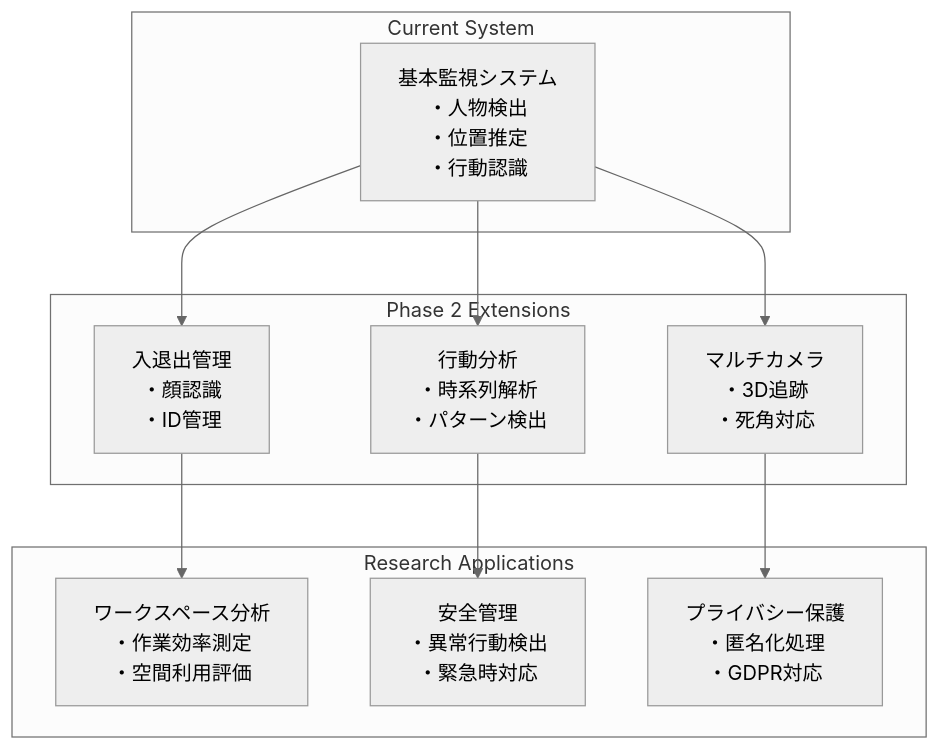
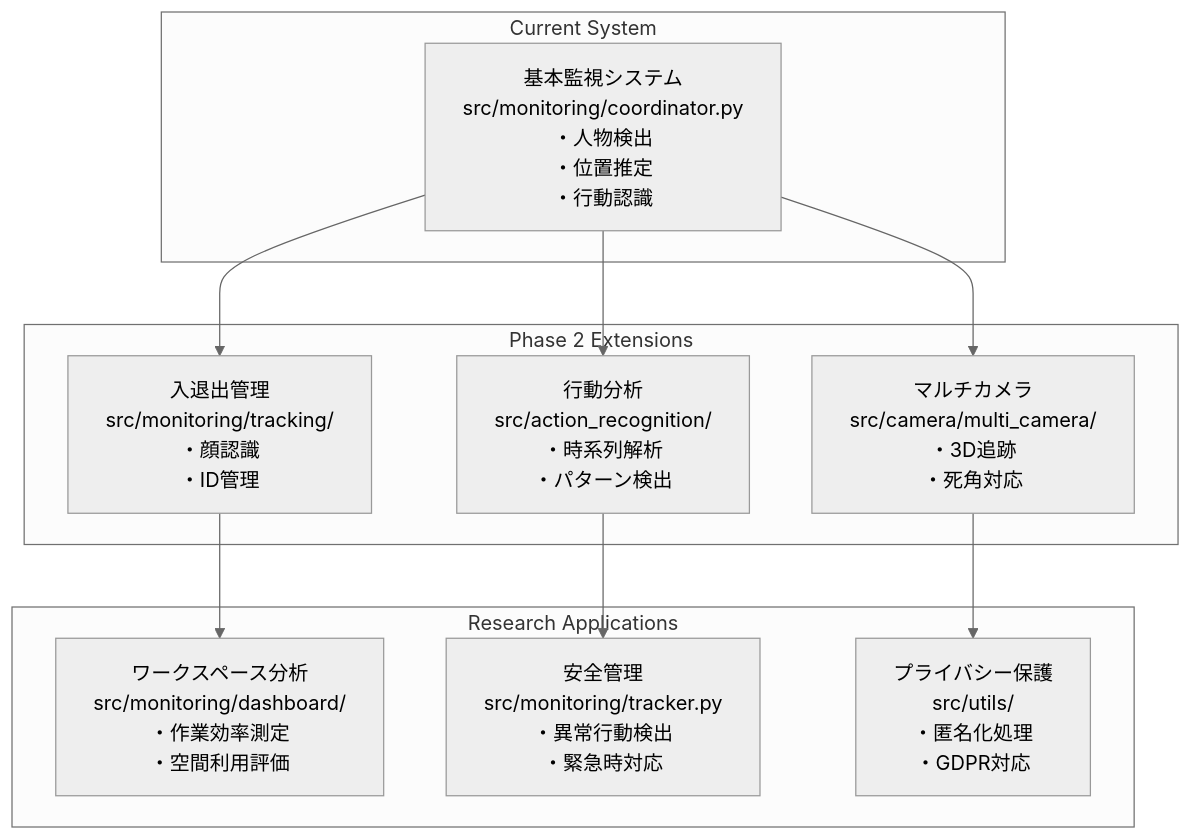
Diagram 11 of 11 in docs/System_Architecture.md (kira612/PBL_test), drawn with Mermaid (neutral theme) before and after one commit. The commit also changed other lines of this file and 60 other files, not shown here.

First line of the commit message:
Refactor codebase into modular architecture with comprehensive documentation updates

````diff
--- a/docs/System_Architecture.md
+++ b/docs/System_Architecture.md
@@ -407,25 +408,25 @@
 ```mermaid
 graph TB
     subgraph "Current System"
-        Basic[基本監視システム<br/>・人物検出<br/>・位置推定<br/>・行動認識]
+        Basic[基本監視システム<br/>src/monitoring/coordinator.py<br/>・人物検出<br/>・位置推定<br/>・行動認識]
     end
     
     subgraph "Phase 2 Extensions"
-        Entry[入退出管理<br/>・顔認識<br/>・ID管理]
-        Analysis[行動分析<br/>・時系列解析<br/>・パターン検出]
-        Multi[マルチカメラ<br/>・3D追跡<br/>・死角対応]
+        Entry[入退出管理<br/>src/monitoring/tracking/<br/>・顔認識<br/>・ID管理]
+        Analysis[行動分析<br/>src/action_recognition/<br/>・時系列解析<br/>・パターン検出]
+        Multi[マルチカメラ<br/>src/camera/multi_camera/<br/>・3D追跡<br/>・死角対応]
     end
     
     subgraph "Research Applications"
-        Workspace[ワークスペース分析<br/>・作業効率測定<br/>・空間利用評価]
-        Safety[安全管理<br/>・異常行動検出<br/>・緊急時対応]
-        Privacy[プライバシー保護<br/>・匿名化処理<br/>・GDPR対応]
+        Workspace[ワークスペース分析<br/>src/monitoring/dashboard/<br/>・作業効率測定<br/>・空間利用評価]
+        Safety[安全管理<br/>src/monitoring/tracker.py<br/>・異常行動検出<br/>・緊急時対応]
+        Privacy[プライバシー保護<br/>src/utils/<br/>・匿名化処理<br/>・GDPR対応]
     end
     
     Basic --> Entry
     Basic --> Analysis
     Basic --> Multi
     Entry --> Workspace
     Analysis --> Safety
     Multi --> Privacy
 ```
````
